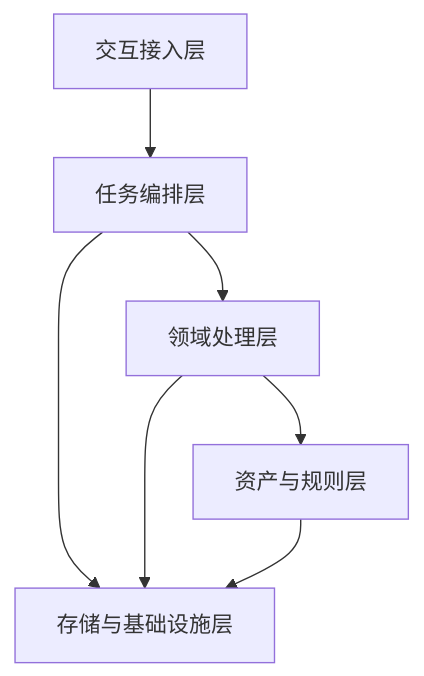
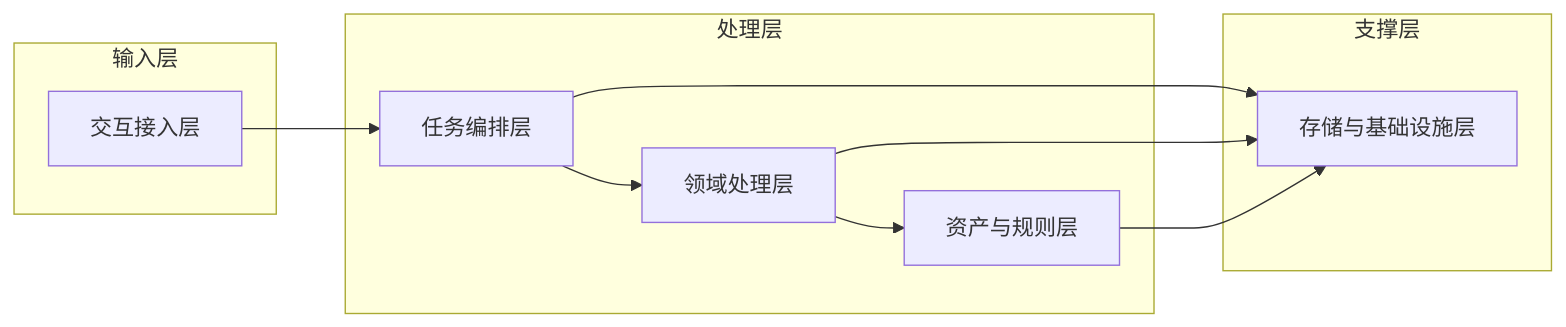
Before and after one commit to zeranlin/agent_dis: the first of 3 diagrams in docs/tech/v1/architecture-layering.md, drawn with Mermaid. The commit also changed other lines of this file and 6 other files, not shown here.

````diff
--- a/docs/tech/v1/architecture-layering.md
+++ b/docs/tech/v1/architecture-layering.md
@@ -118,10 +118,24 @@
 ```mermaid
-graph TD
+graph LR
 
-    A["交互接入层"] --> B["任务编排层"]
-    B --> C["领域处理层"]
-    C --> D["资产与规则层"]
-    B --> E["存储与基础设施层"]
+    subgraph 输入层
+        A["交互接入层"]
+    end
+
+    subgraph 处理层
+        B["任务编排层"]
+        C["领域处理层"]
+        D["资产与规则层"]
+    end
+
+    subgraph 支撑层
+        E["存储与基础设施层"]
+    end
+
+    A --> B
+    B --> C
+    C --> D
+    B --> E
     C --> E
     D --> E
 ```
````
